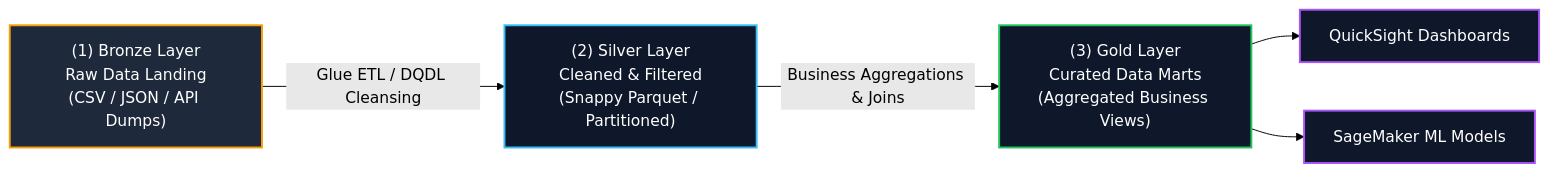
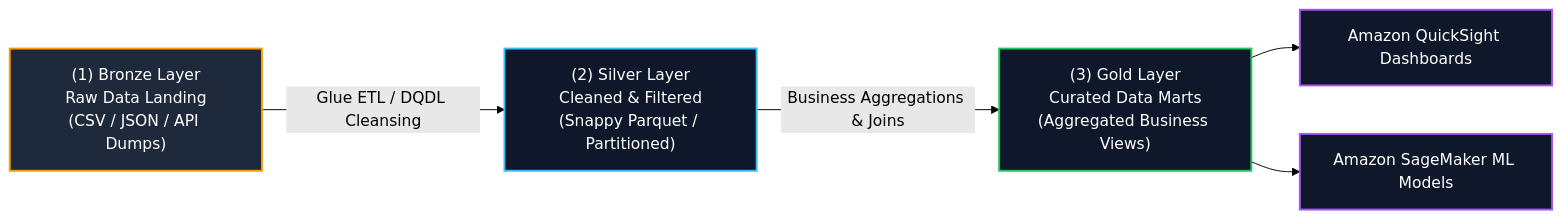
Before and after one commit to Wathon/aws-dea-c01-note: the fourth of 4 diagrams in content/my/03-concepts/big-data-fundamentals.md, drawn with Mermaid (forest theme). The commit also changed other lines of this file and 4 other files, not shown here.

Commit message:
fix(i18n): align Burmese notes with exact 1:1 structural, diagram, and table parity to English versions

````diff
--- a/content/my/03-concepts/big-data-fundamentals.md
+++ b/content/my/03-concepts/big-data-fundamentals.md
@@ -96,17 +134,17 @@
 ```mermaid
 graph LR
     Raw["(1) Bronze Layer<br/>Raw Data Landing<br/>(CSV / JSON / API Dumps)"] -->|"Glue ETL / DQDL Cleansing"| Silver["(2) Silver Layer<br/>Cleaned & Filtered<br/>(Snappy Parquet / Partitioned)"]
     Silver -->|"Business Aggregations & Joins"| Gold["(3) Gold Layer<br/>Curated Data Marts<br/>(Aggregated Business Views)"]
-    Gold --> BI["QuickSight Dashboards"]
-    Gold --> ML["SageMaker ML Models"]
+    Gold --> BI["Amazon QuickSight Dashboards"]
+    Gold --> ML["Amazon SageMaker ML Models"]
 
     classDef b fill:#1e293b,stroke:#f59e0b,stroke-width:2px,color:#fff;
     classDef s fill:#0f172a,stroke:#38bdf8,stroke-width:2px,color:#fff;
     classDef g fill:#0f172a,stroke:#22c55e,stroke-width:2px,color:#fff;
     classDef c fill:#0f172a,stroke:#a855f7,stroke-width:2px,color:#fff;
 
     class Raw b;
     class Silver s;
     class Gold g;
     class BI,ML c;
 ```
````
